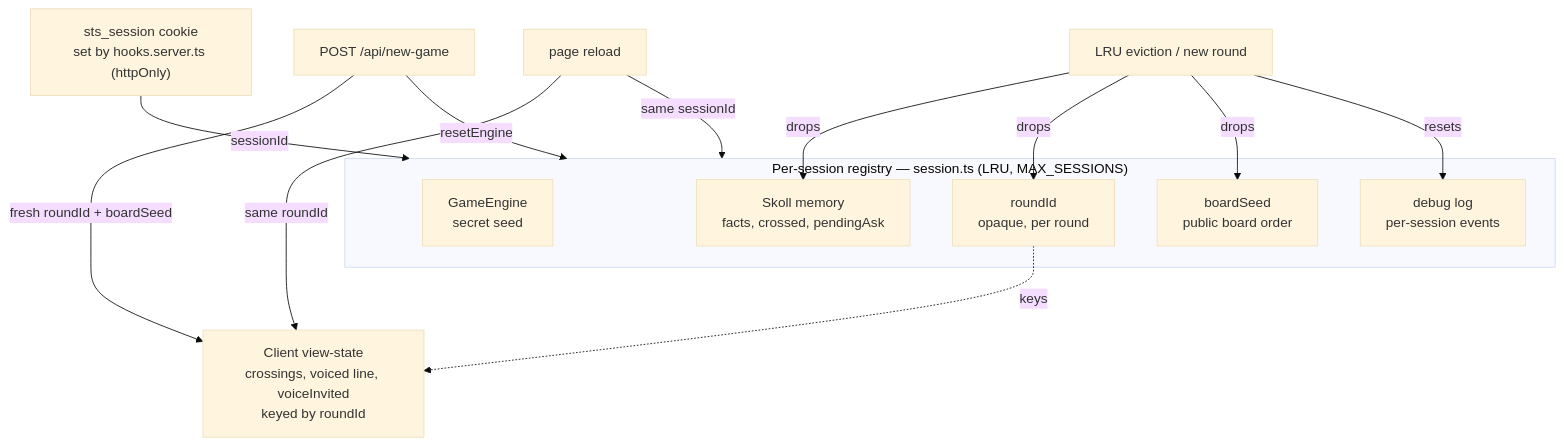
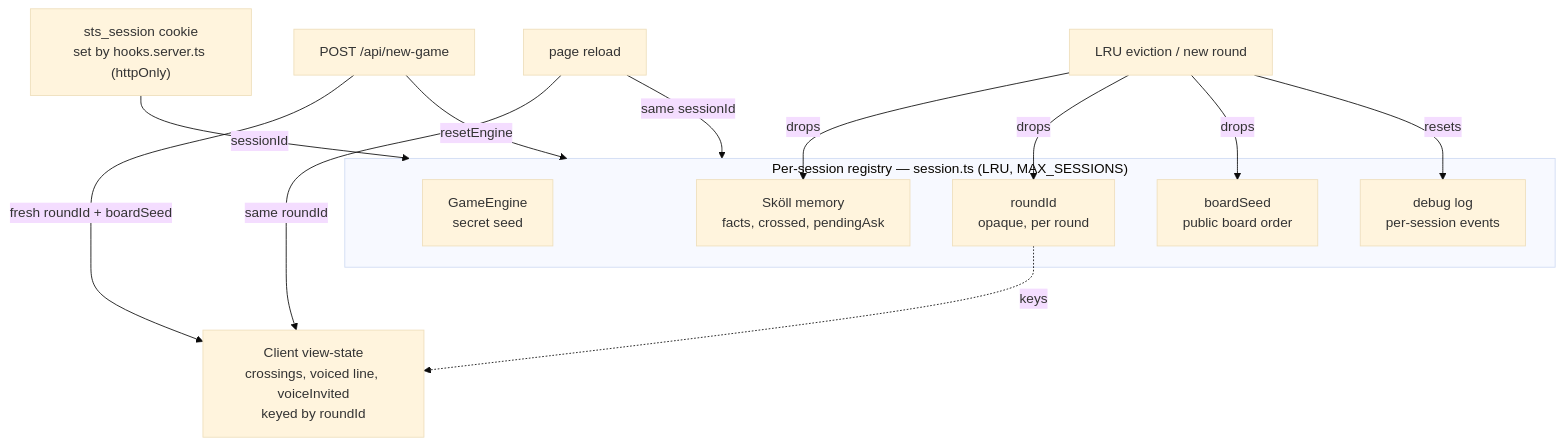
One commit to anchildress1/save-the-sun changed the fourth of 4 diagrams in docs/architecture.md. Above: the diagram before and after it, drawn with Mermaid (base theme). The commit also changed other lines of this file, not shown here.

First line of the commit message:
docs: use Sköll consistently in architecture diagrams

````diff
--- a/docs/architecture.md
+++ b/docs/architecture.md
@@ -169,31 +169,31 @@
 ```mermaid
 flowchart TB
     accTitle: Session and state lifecycle
-    accDescr: A session cookie set by hooks.server.ts keys an LRU-capped per-session registry holding the engine, Skoll memory, round id, board seed, and debug log. New-game resets them; the client persists view-state keyed by round id.
+    accDescr: A session cookie set by hooks.server.ts keys an LRU-capped per-session registry holding the engine, Sköll memory, round id, board seed, and debug log. New-game resets them; the client persists view-state keyed by round id.
 
     Cookie["sts_session cookie<br/>set by hooks.server.ts (httpOnly)"]
 
     subgraph Registry["Per-session registry — session.ts (LRU, MAX_SESSIONS)"]
         Engine["GameEngine<br/>secret seed"]
-        SkollMem["Skoll memory<br/>facts, crossed, pendingAsk"]
+        SkollMem["Sköll memory<br/>facts, crossed, pendingAsk"]
         RoundId["roundId<br/>opaque, per round"]
         BoardSeed["boardSeed<br/>public board order"]
         DLog["debug log<br/>per-session events"]
     end
 
     ClientStore["Client view-state<br/>crossings, voiced line, voiceInvited<br/>keyed by roundId"]
 
     Cookie -->|sessionId| Registry
 
     NewGame["POST /api/new-game"] -->|resetEngine| Registry
     NewGame -->|fresh roundId + boardSeed| ClientStore
 
     RoundId -.keys.-> ClientStore
     Reload["page reload"] -->|same roundId| ClientStore
     Reload -->|same sessionId| Registry
 
     Evict["LRU eviction / new round"] -->|drops| SkollMem
     Evict -->|drops| RoundId
     Evict -->|drops| BoardSeed
     Evict -->|resets| DLog
 ```
````
